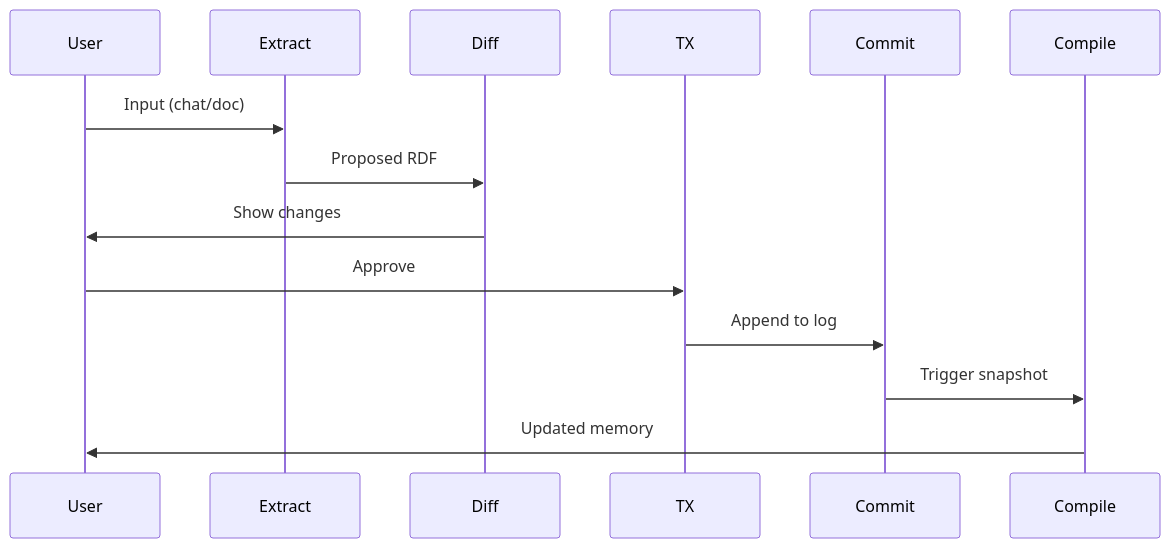
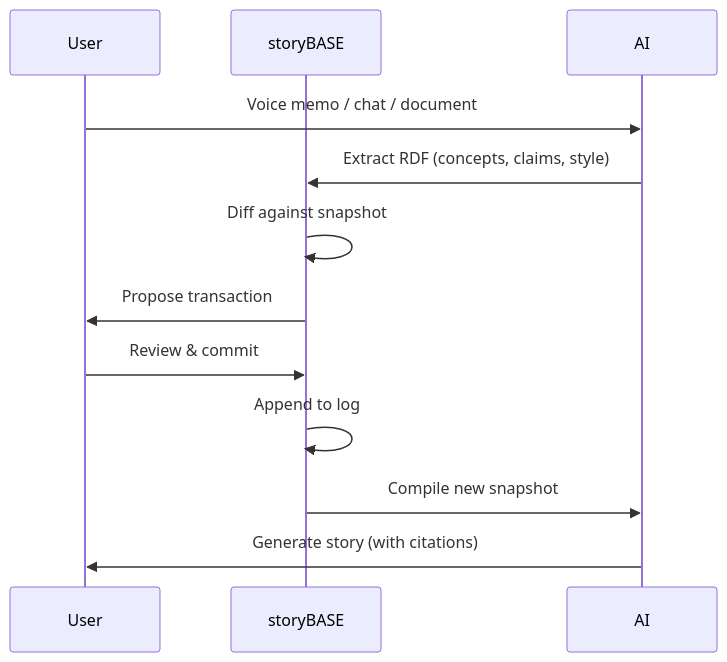
One commit to Synthetic-Identity-Co/conj-talk-2025 changed the second of 6 diagrams in presenter.md. Above: the diagram before and after it, drawn with Mermaid. The commit also changed other lines of this file, not shown here.

Commit message:
story:  dbd8427979930d9d1f6f4c120e18668891455dd0

````diff
--- a/presenter.md
+++ b/presenter.md
@@ -63,17 +65,15 @@
 ```mermaid
 sequenceDiagram
     participant User
-    participant Extract
-    participant Diff
-    participant TX
-    participant Commit
-    participant Compile
+    participant storyBASE
+    participant AI
     
-    User->>Extract: Input (chat/doc)
-    Extract->>Diff: Proposed RDF
-    Diff->>User: Show changes
-    User->>TX: Approve
-    TX->>Commit: Append to log
-    Commit->>Compile: Trigger snapshot
-    Compile->>User: Updated memory
+    User->>AI: Voice memo / chat / document
+    AI->>storyBASE: Extract RDF (concepts, claims, style)
+    storyBASE->>storyBASE: Diff against snapshot
+    storyBASE->>User: Propose transaction
+    User->>storyBASE: Review & commit
+    storyBASE->>storyBASE: Append to log
+    storyBASE->>AI: Compile new snapshot
+    AI->>User: Generate story (with citations)
 ```
````
